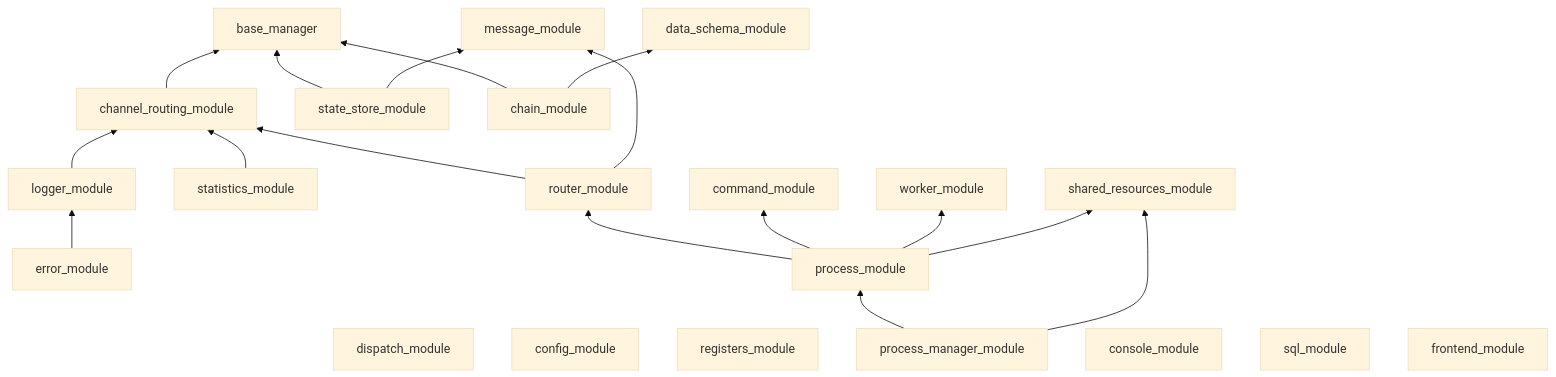
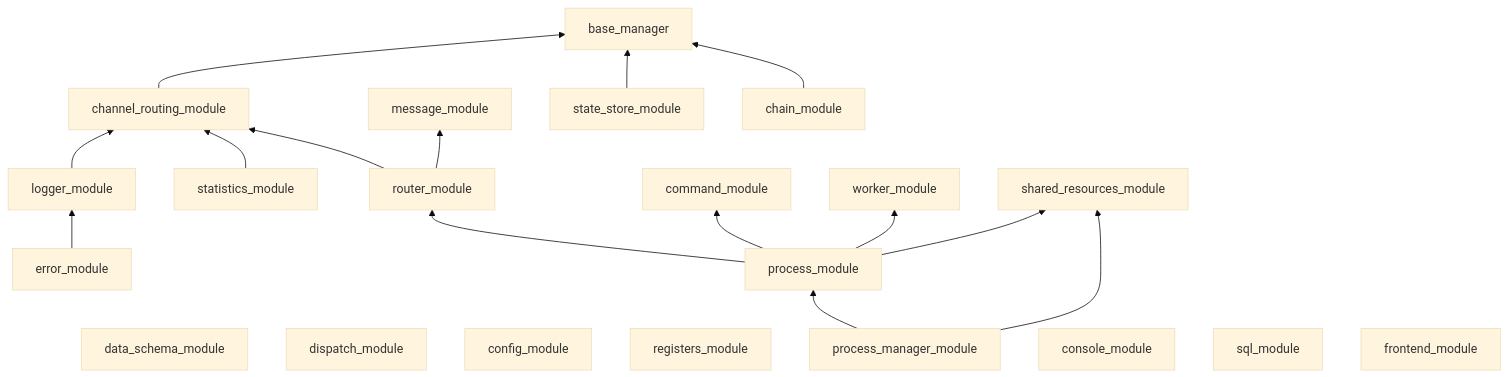
The fifth of 6 diagrams in multiprocess_framework/docs/DIAGRAMS.md (TWOKRAI/Inspector_bottles), drawn with Mermaid (base theme) before and after one commit. The commit also changed 20 other files, not shown here.

````diff
--- a/multiprocess_framework/docs/DIAGRAMS.md
+++ b/multiprocess_framework/docs/DIAGRAMS.md
@@ -115,40 +115,38 @@
 ```mermaid
 graph BT
   base_manager
   data_schema_module
   message_module
   dispatch_module
   channel_routing_module
   logger_module
   error_module
   statistics_module
   router_module
   shared_resources_module
   config_module
   state_store_module
   registers_module
   command_module
   worker_module
   chain_module
   process_module
   process_manager_module
   console_module
   sql_module
   frontend_module
   channel_routing_module --> base_manager
   logger_module --> channel_routing_module
   error_module --> logger_module
   statistics_module --> channel_routing_module
   router_module --> channel_routing_module
   router_module --> message_module
   state_store_module --> base_manager
-  state_store_module --> message_module
   chain_module --> base_manager
-  chain_module --> data_schema_module
   process_module --> router_module
   process_module --> command_module
   process_module --> worker_module
   process_module --> shared_resources_module
   process_manager_module --> process_module
   process_manager_module --> shared_resources_module
 ```
````
